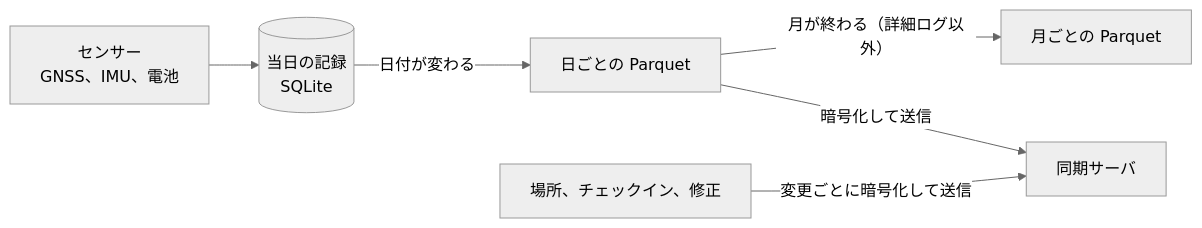
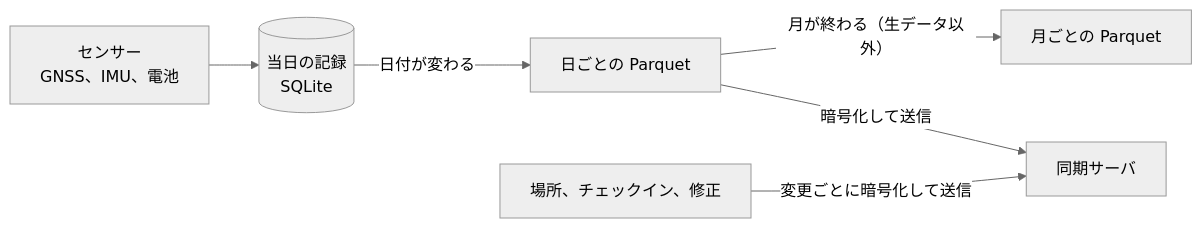
The diagram in docs/recording.md (sksat/ashidori), drawn with Mermaid (neutral theme) before and after one commit. The commit also changed other lines of this file and 16 other files, not shown here.

````diff
--- a/docs/recording.md
+++ b/docs/recording.md
@@ -29,8 +29,8 @@
 ```mermaid
 flowchart LR
   S["センサー<br/>GNSS、IMU、電池"] --> Q[("当日の記録<br/>SQLite")]
   Q -->|"日付が変わる"| D["日ごとの Parquet"]
-  D -->|"月が終わる（詳細ログ以外）"| M["月ごとの Parquet"]
+  D -->|"月が終わる（生データ以外）"| M["月ごとの Parquet"]
   D -->|"暗号化して送信"| U["同期サーバ"]
   E["場所、チェックイン、修正"] -->|"変更ごとに暗号化して送信"| U
 ```
````
